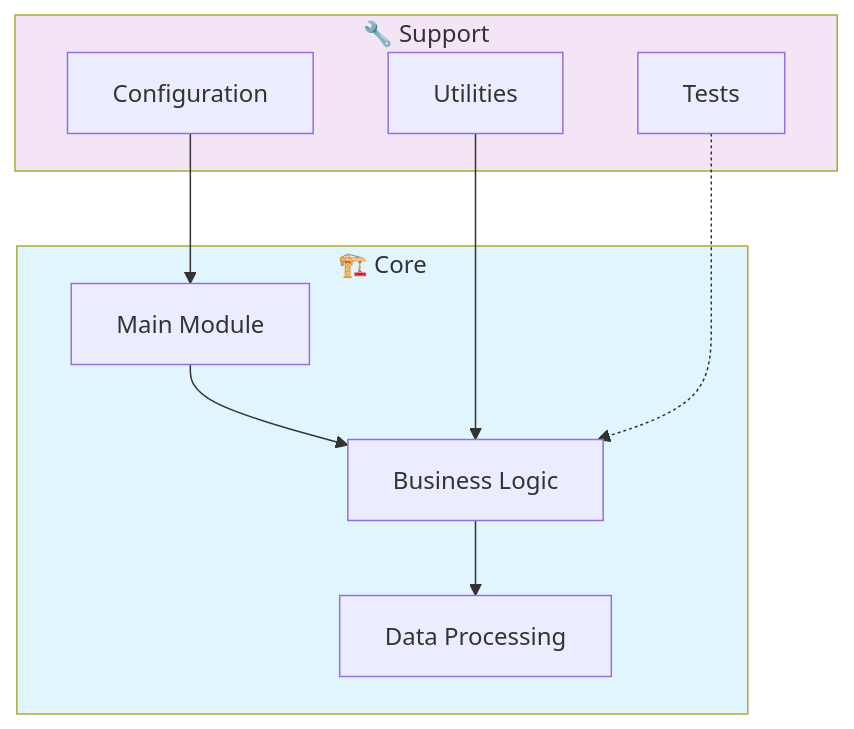
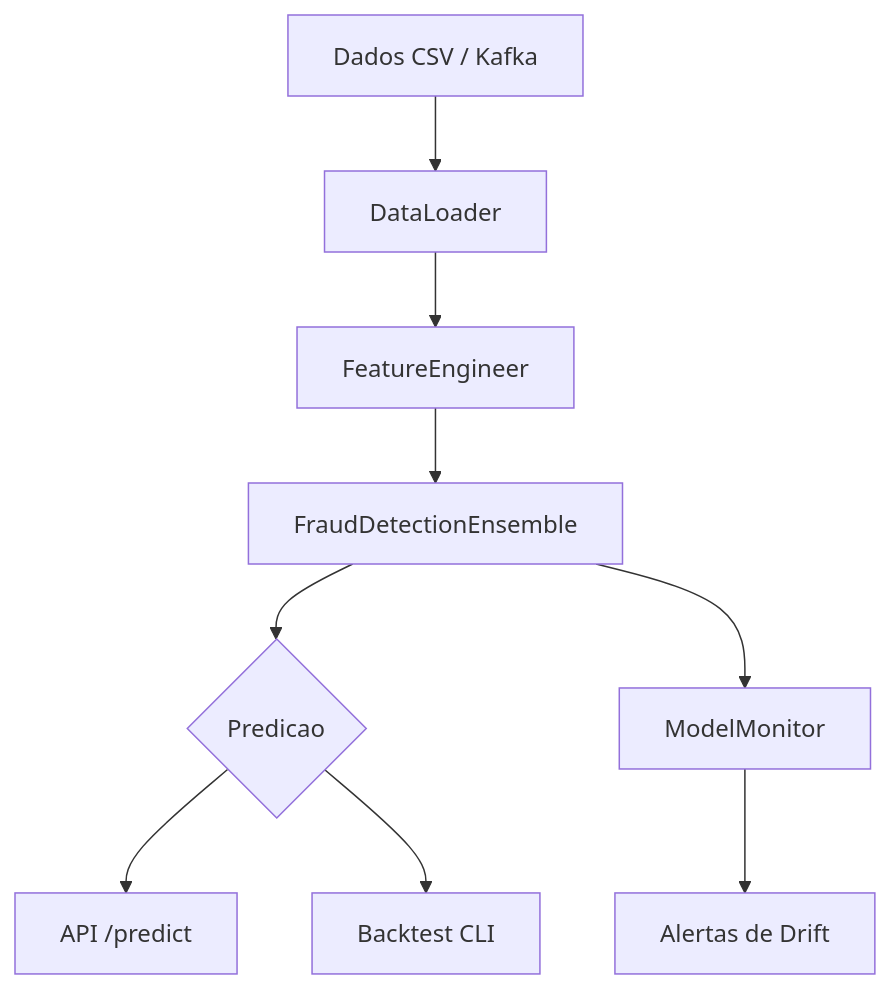
Before and after one commit to galafis/ai-financial-fraud-detection: the first of 2 diagrams in README.md, drawn with Mermaid. The commit also changed other lines of this file and 36 other files, not shown here.

````diff
--- a/README.md
+++ b/README.md
@@ -33,22 +39,11 @@
 ```mermaid
-graph TB
-    subgraph Core["🏗️ Core"]
-        A[Main Module]
-        B[Business Logic]
-        C[Data Processing]
-    end
-    
-    subgraph Support["🔧 Support"]
-        D[Configuration]
-        E[Utilities]
-        F[Tests]
-    end
-    
-    A --> B --> C
-    D --> A
-    E --> B
-    F -.-> B
-    
-    style Core fill:#e1f5fe
-    style Support fill:#f3e5f5
+graph TD
+    A[Dados CSV / Kafka] --> B[DataLoader]
+    B --> C[FeatureEngineer]
+    C --> D[FraudDetectionEnsemble]
+    D --> E{Predicao}
+    E --> F[API /predict]
+    E --> G[Backtest CLI]
+    D --> H[ModelMonitor]
+    H --> I[Alertas de Drift]
 ```
````
